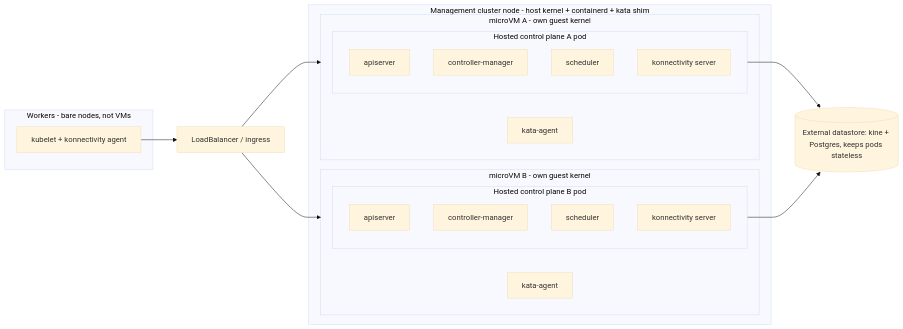
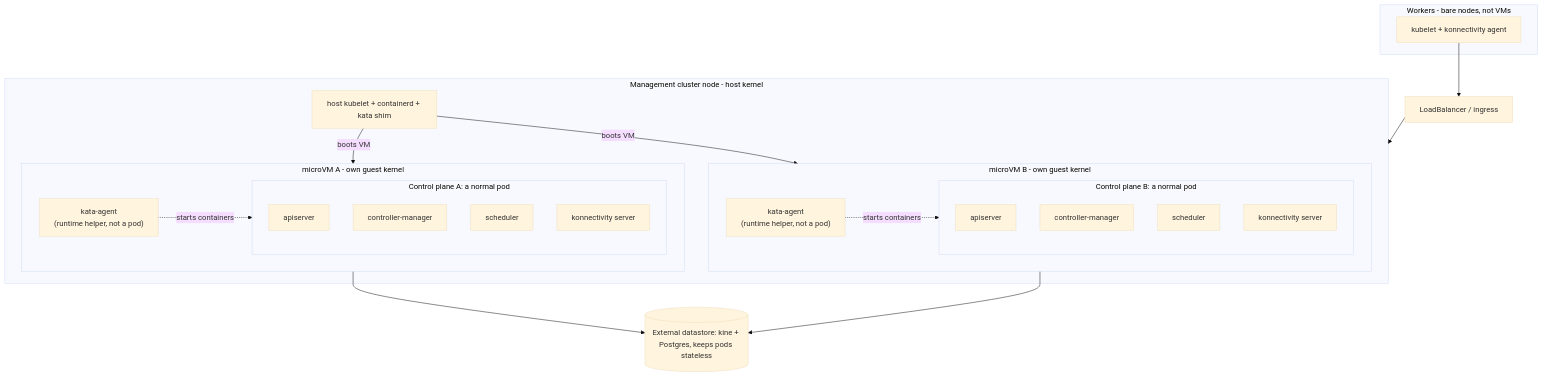
The fifth of 7 diagrams in docs/hosted-control-plane-isolation.md (skeptomai/k3s-experiments), drawn with Mermaid (base theme) before and after one commit. The commit also changed other lines of this file and 1 other file, not shown here.

Commit message:
docs: clarify Kata design - control plane stays a normal pod, kata-agent is runtime machinery
Add an explanatory paragraph to the Kata design section and redraw the diagram
(host kubelet/shim node, kata-agent labelled as a runtime helper, control plane
labelled as a normal pod), with a top-down layout so labels stay legible.

````diff
--- a/docs/hosted-control-plane-isolation.md
+++ b/docs/hosted-control-plane-isolation.md
@@ -343,33 +349,39 @@
 ```mermaid
-flowchart LR
+flowchart TB
   subgraph WK["Workers - bare nodes, not VMs"]
     kl["kubelet + konnectivity agent"]
   end
   LB["LoadBalancer / ingress"]
-  subgraph MN["Management cluster node - host kernel + containerd + kata shim"]
+  kl --> LB
+  subgraph MN["Management cluster node - host kernel"]
+    sh["host kubelet + containerd + kata shim"]
     subgraph VA["microVM A - own guest kernel"]
-      ag1["kata-agent"]
-      subgraph PA["Hosted control plane A pod"]
+      direction LR
+      ag1["kata-agent<br/>(runtime helper, not a pod)"]
+      subgraph PA["Control plane A: a normal pod"]
         a1["apiserver"]
         a2["controller-manager"]
         a3["scheduler"]
         a4["konnectivity server"]
       end
+      ag1 -.->|starts containers| PA
     end
     subgraph VB["microVM B - own guest kernel"]
-      ag2["kata-agent"]
-      subgraph PB["Hosted control plane B pod"]
+      direction LR
+      ag2["kata-agent<br/>(runtime helper, not a pod)"]
+      subgraph PB["Control plane B: a normal pod"]
         b1["apiserver"]
         b2["controller-manager"]
         b3["scheduler"]
         b4["konnectivity server"]
       end
+      ag2 -.->|starts containers| PB
     end
+    sh -->|boots VM| VA
+    sh -->|boots VM| VB
   end
   DS[("External datastore: kine + Postgres, keeps pods stateless")]
-  kl --> LB
-  LB --> VA
-  LB --> VB
+  LB --> MN
   PA --> DS
   PB --> DS
 ```
````
